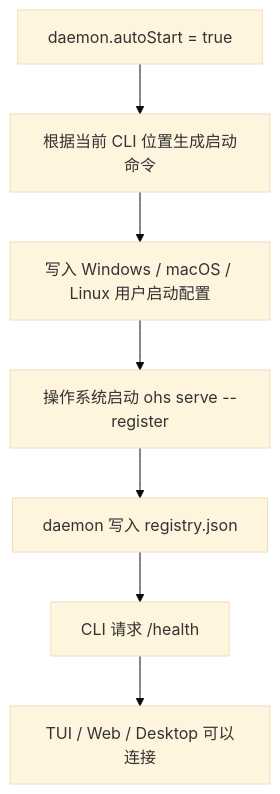
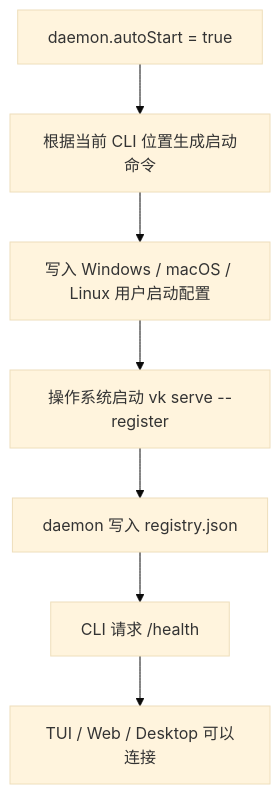
One commit to rzx007/Vykor changed the diagram in docs/daemon-system-service.md. Above: the diagram before and after it, drawn with Mermaid (base theme). The commit also changed other lines of this file and 1124 other files, not shown here.

````diff
--- a/docs/daemon-system-service.md
+++ b/docs/daemon-system-service.md
@@ -65,9 +65,9 @@
 ```mermaid
 flowchart TD
     Setting["daemon.autoStart = true"] --> Build["根据当前 CLI 位置生成启动命令"]
     Build --> OS["写入 Windows / macOS / Linux 用户启动配置"]
-    OS --> Start["操作系统启动 ohs serve --register"]
+    OS --> Start["操作系统启动 vk serve --register"]
     Start --> Registry["daemon 写入 registry.json"]
     Registry --> Health["CLI 请求 /health"]
     Health --> Ready["TUI / Web / Desktop 可以连接"]
 ```
````
